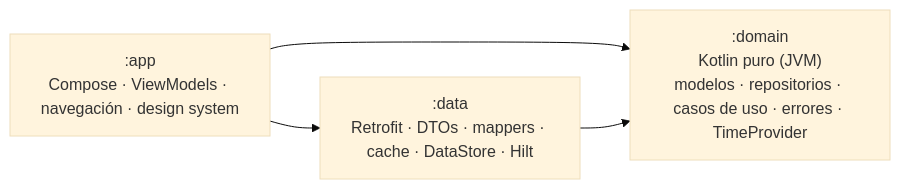
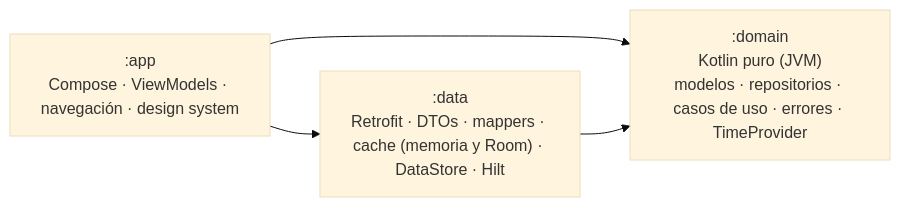
The diagram in README.md (ChrystianDev/Book-Search-Engine), drawn with Mermaid (base theme) before and after one commit. The commit also changed other lines of this file and 1 other file, not shown here.

Commit message:
docs: document the Room disk cache in the architecture guide
ARCHITECTURE.md still described :data with the in-memory cache only.
Add the Room classes and BookCacheStore to the module table, Room to
rule 2, and extend rule 4 to the disk cache models.

````diff
--- a/README.md
+++ b/README.md
@@ -59,7 +59,7 @@
 ```mermaid
 graph LR
     app[":app<br/>Compose · ViewModels · navegación · design system"] --> domain
     app --> data
-    data[":data<br/>Retrofit · DTOs · mappers · cache · DataStore · Hilt"] --> domain
+    data[":data<br/>Retrofit · DTOs · mappers · cache (memoria y Room) · DataStore · Hilt"] --> domain
     domain[":domain<br/>Kotlin puro (JVM)<br/>modelos · repositorios · casos de uso · errores · TimeProvider"]
 ```
````
